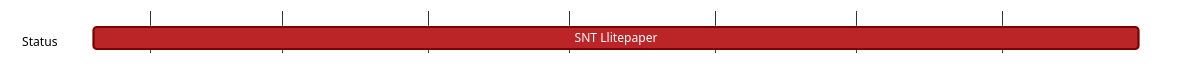
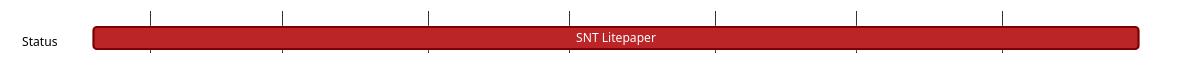
The diagram in content/roadmap/vac/tke/g/status/snt-litepaper.md (logos-co/roadmap), drawn with Mermaid before and after one commit. The commit also changed 1 other file, not shown here.

Commit message:
vac dst fill in milestone info

````diff
--- a/content/roadmap/vac/tke/g/status/snt-litepaper.md
+++ b/content/roadmap/vac/tke/g/status/snt-litepaper.md
@@ -7,19 +7,19 @@
 ```mermaid
 %%{ 
   init: { 
     'theme': 'base', 
     'themeVariables': { 
       'primaryColor': '#BB2528', 
       'primaryTextColor': '#fff', 
       'primaryBorderColor': '#7C0000', 
       'lineColor': '#F8B229', 
       'secondaryColor': '#006100', 
       'tertiaryColor': '#fff' 
     } 
   } 
 }%%
 gantt
 	dateFormat YYYY-MM-DD 
 	section Status
-		SNT Llitepaper :, 2023-01-20, 2023-08-30
+		SNT Litepaper: 2023-01-20, 2023-08-30
 ```
````
